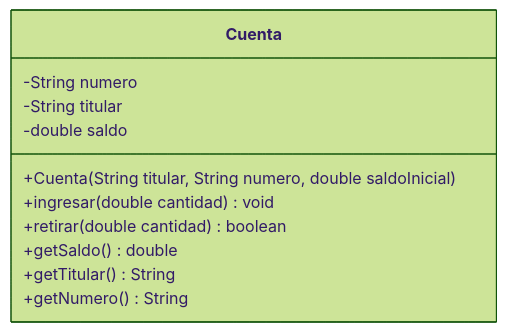
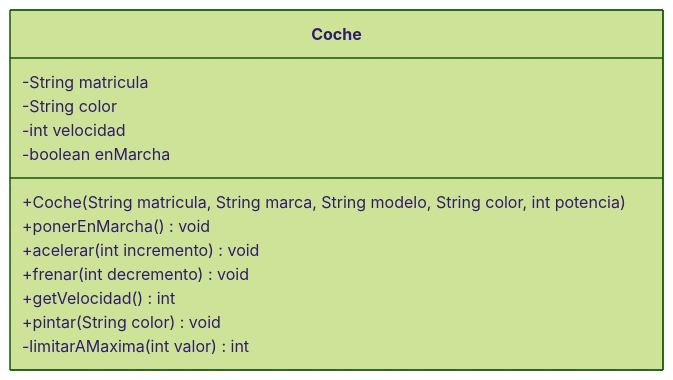
Before and after one commit to rlrprofe/poo: the diagram in docs/capitulos/03-encapsulacion.md, drawn with Mermaid (forest theme). The commit also changed other lines of this file and 30 other files, not shown here.

````diff
--- a/docs/capitulos/03-encapsulacion.md
+++ b/docs/capitulos/03-encapsulacion.md
@@ -196,14 +245,16 @@
 ```mermaid
 classDiagram
-    class Cuenta {
-        -String numero
-        -String titular
-        -double saldo
-        +Cuenta(String titular, String numero, double saldoInicial)
-        +ingresar(double cantidad) void
-        +retirar(double cantidad) boolean
-        +getSaldo() double
-        +getTitular() String
-        +getNumero() String
+    class Coche {
+        -String matricula
+        -String color
+        -int velocidad
+        -boolean enMarcha
+        +Coche(String matricula, String marca, String modelo, String color, int potencia)
+        +ponerEnMarcha() void
+        +acelerar(int incremento) void
+        +frenar(int decremento) void
+        +getVelocidad() int
+        +pintar(String color) void
+        -limitarAMaxima(int valor) int
     }
 ```
````
